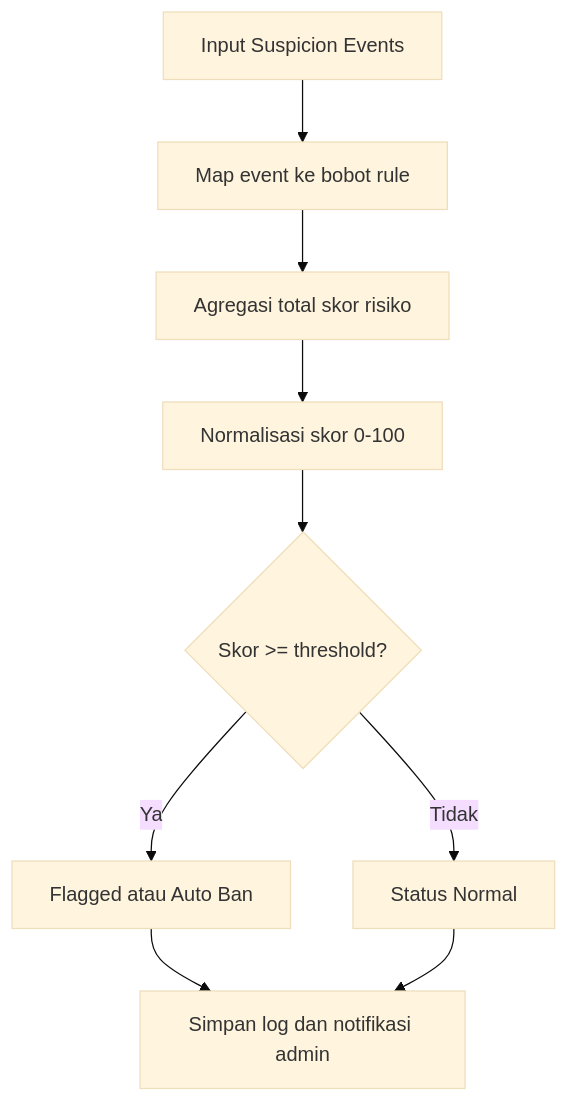
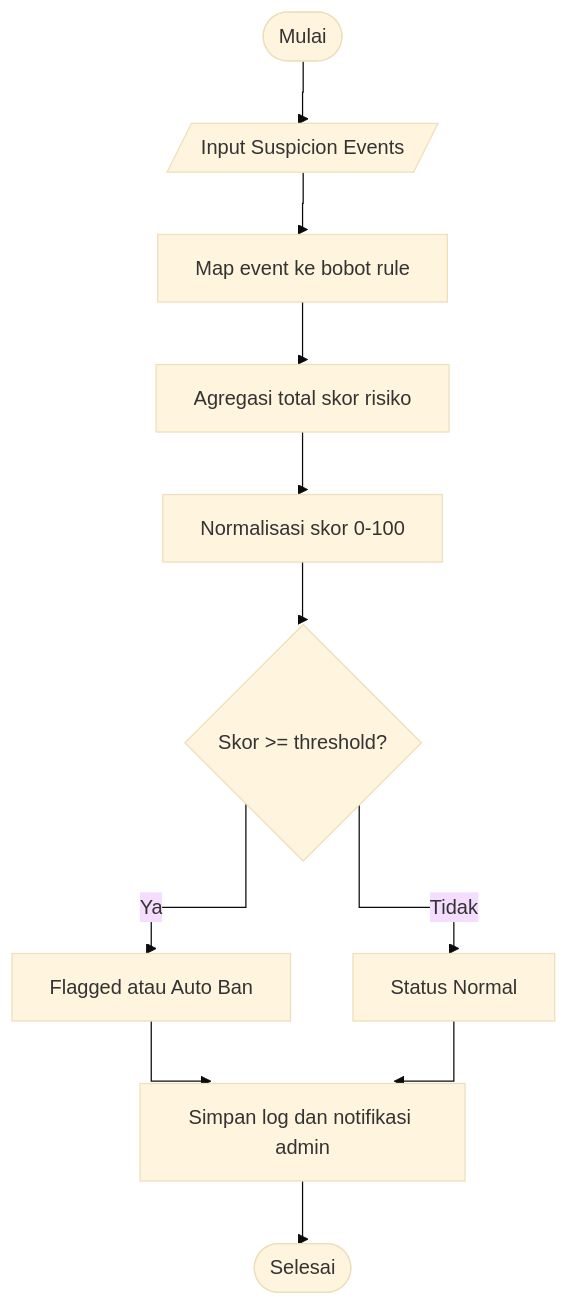
Before and after one commit to dimasma0305/proposal-skripsi: the ninth of 10 diagrams in index.qmd, drawn with Mermaid (base theme). The commit also changed other lines of this file and 1 other file, not shown here.

Commit message:
docs: Add detailed explanations for mathematical formulas and refine Mermaid diagram styling and structure.

````diff
--- a/index.qmd
+++ b/index.qmd
@@ -505,13 +627,16 @@
 ```{mermaid}
 %%| fig-cap: "Flowchart Weighted Risk Scoring"
 %%| label: fig-flow-wrs
+%%{init: {"flowchart": {"curve": "stepBefore"}}}%%
 flowchart TD
-    A[Input Suspicion Events] --> B[Map event ke bobot rule]
+    Start([Mulai]) --> A[/Input Suspicion Events/]
+    A --> B[Map event ke bobot rule]
     B --> C[Agregasi total skor risiko]
     C --> D[Normalisasi skor 0-100]
     D --> E{Skor >= threshold?}
     E -- Ya --> F[Flagged atau Auto Ban]
     E -- Tidak --> G[Status Normal]
     F --> H[Simpan log dan notifikasi admin]
     G --> H
+    H --> End([Selesai])
 ```
````
